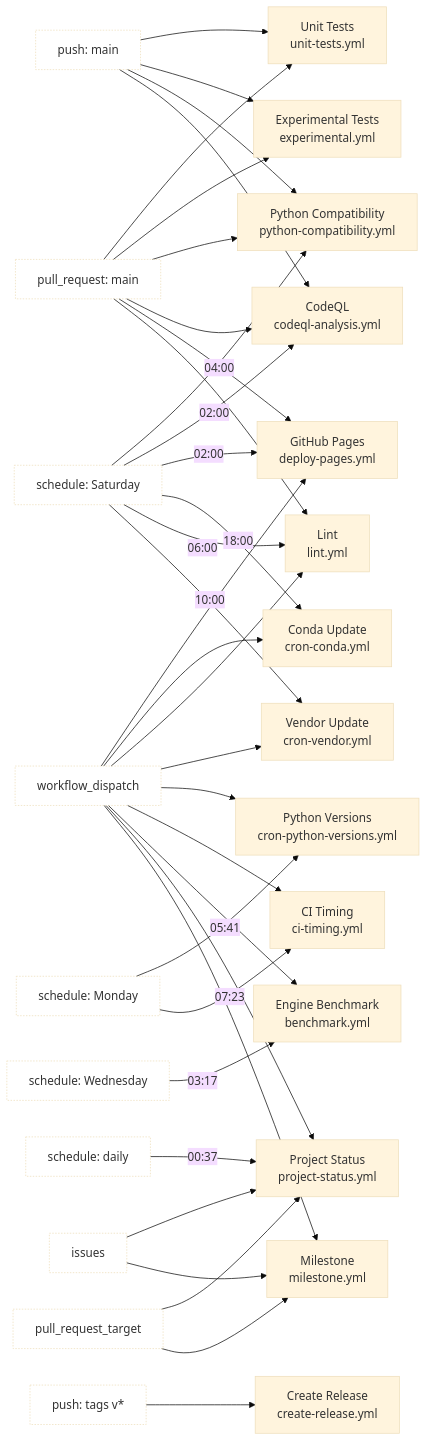
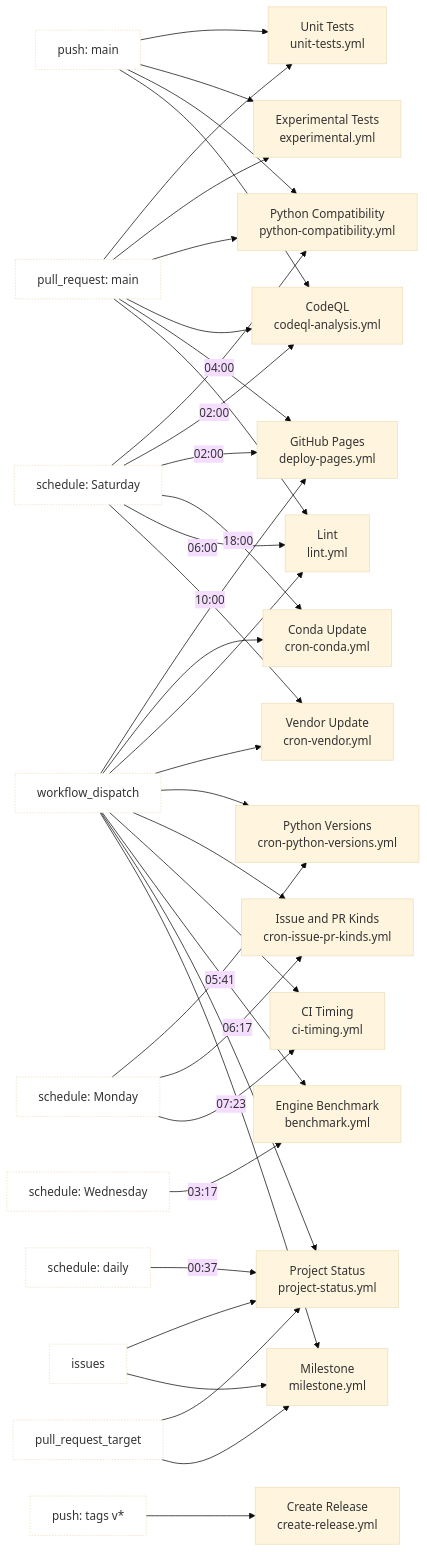
One commit to JarryShaw/PyPCAPKit changed the first of 3 diagrams in docs/source/contributing/workflows.rst. Above: the diagram before and after it, drawn with Mermaid (base theme). The commit also changed other lines of this file and 37 other files, not shown here.

First line of the commit message:
docs: cite each number by its kind, and fix heading and Mermaid forms (#2626)

```diff
--- a/docs/source/contributing/workflows.rst
+++ b/docs/source/contributing/workflows.rst
@@ -187,6 +194,7 @@
        LT["Lint<br/>lint.yml"]
        VU["Vendor Update<br/>cron-vendor.yml"]
        PV["Python Versions<br/>cron-python-versions.yml"]
+       IK["Issue and PR Kinds<br/>cron-issue-pr-kinds.yml"]
        CT["CI Timing<br/>ci-timing.yml"]
        BM["Engine Benchmark<br/>benchmark.yml"]
        PS["Project Status<br/>project-status.yml"]
@@ -224,6 +232,9 @@
        MON -->|05:41| PV
        DISPATCH --> PV
 
+       MON -->|06:17| IK
+       DISPATCH --> IK
+
        MON -->|07:23| CT
        DISPATCH --> CT
 
```
